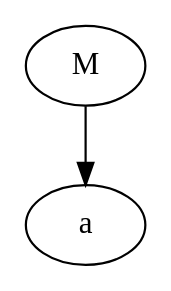
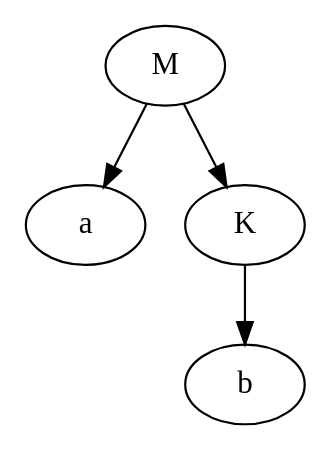
Before and after one commit to Barashkov-GO/tfl_lab3: the diagram in results/test1_M.gv, drawn with Graphviz. The commit also changed 12 other files, not shown here.

```diff
--- a/results/test1_M.gv
+++ b/results/test1_M.gv
@@ -1,6 +1,10 @@
 digraph G {
 	0[label="M"]
 	1[label="a"]
+	3[label="K"]
+	2[label="b"]
+	3->2
 	0->1
+	0->3
 
 }
```
